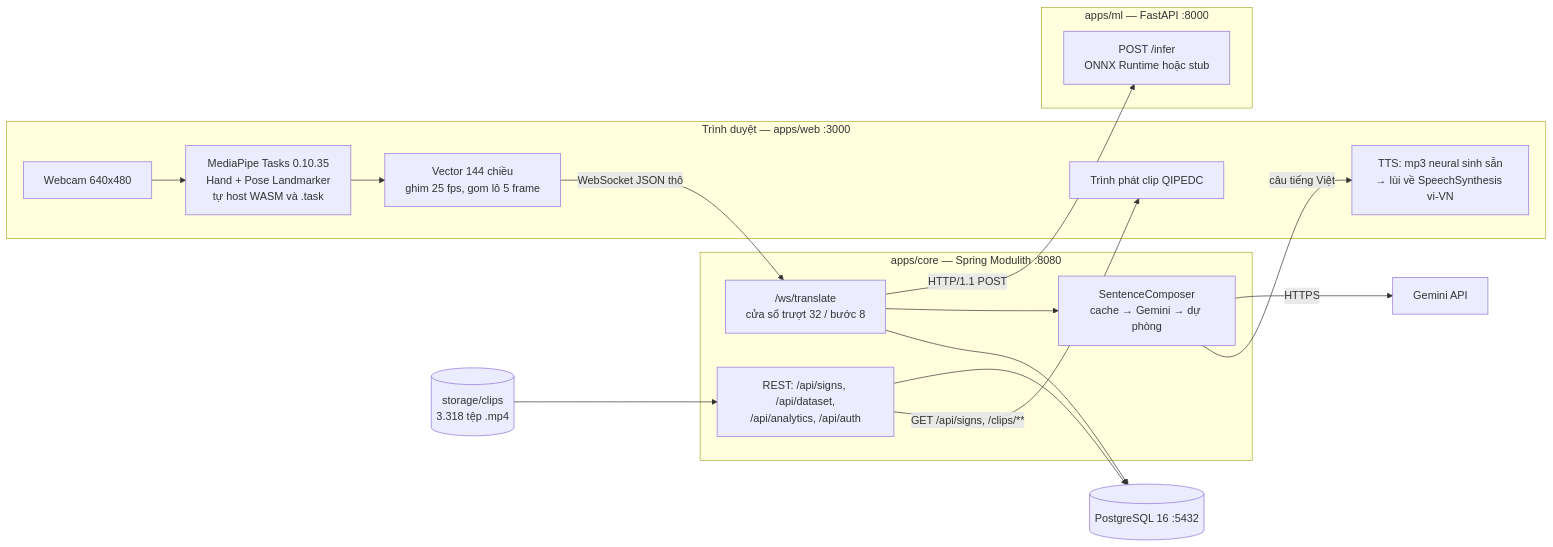
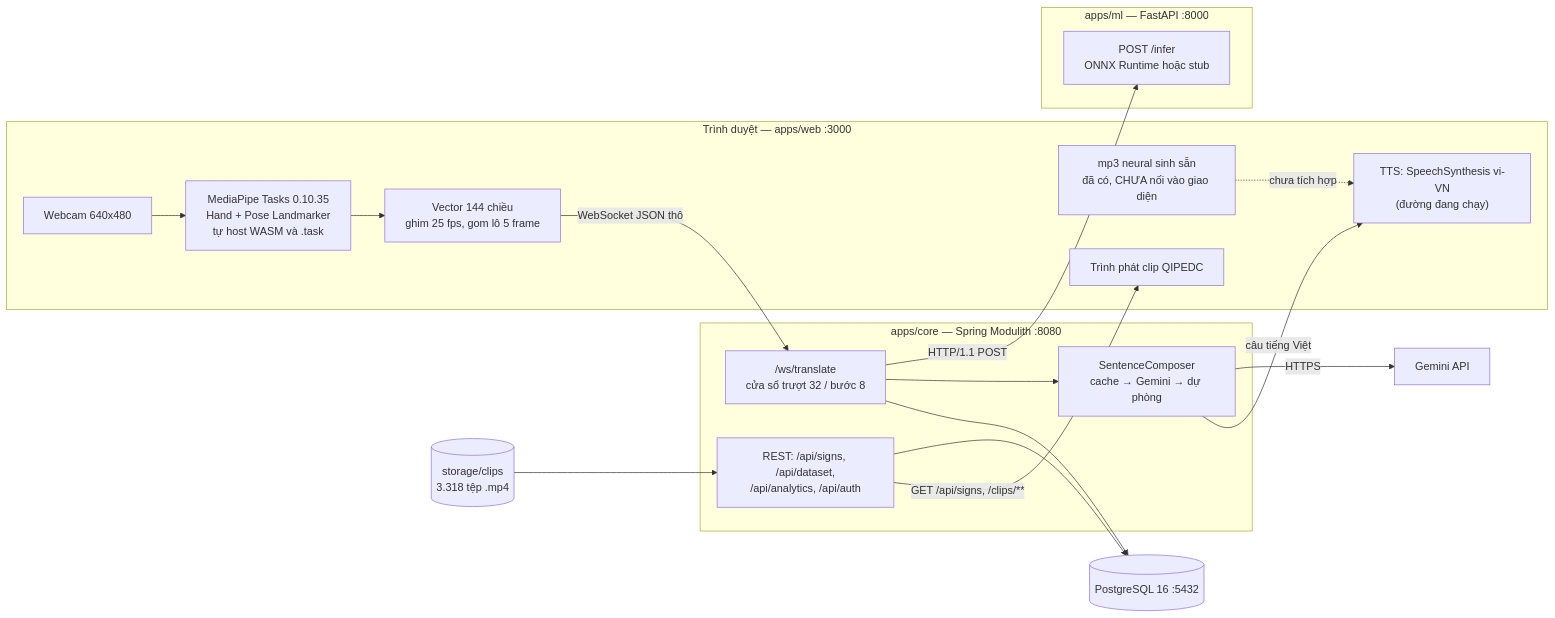
Before and after one commit to minKasent/signbridge: the first of 3 diagrams in docs/report/chuong-3-kien-truc.md, drawn with Mermaid. The commit also changed other lines of this file and 4 other files, not shown here.

````diff
--- a/docs/report/chuong-3-kien-truc.md
+++ b/docs/report/chuong-3-kien-truc.md
@@ -22,30 +25,32 @@
 ```mermaid
 flowchart LR
     subgraph B["Trình duyệt — apps/web :3000"]
         CAM["Webcam 640x480"] --> MP["MediaPipe Tasks 0.10.35<br/>Hand + Pose Landmarker<br/>tự host WASM và .task"]
         MP --> VEC["Vector 144 chiều<br/>ghim 25 fps, gom lô 5 frame"]
-        TTS["TTS: mp3 neural sinh sẵn<br/>→ lùi về SpeechSynthesis vi-VN"]
+        TTS["TTS: SpeechSynthesis vi-VN<br/>(đường đang chạy)"]
+        NTTS["mp3 neural sinh sẵn<br/>đã có, CHƯA nối vào giao diện"]
         PLAY["Trình phát clip QIPEDC"]
     end
     subgraph C["apps/core — Spring Modulith :8080"]
         WS["/ws/translate<br/>cửa sổ trượt 32 / bước 8"]
         REST["REST: /api/signs, /api/dataset,<br/>/api/analytics, /api/auth"]
         LLM["SentenceComposer<br/>cache → Gemini → dự phòng"]
     end
     subgraph M["apps/ml — FastAPI :8000"]
         INF["POST /infer<br/>ONNX Runtime hoặc stub"]
     end
     DB[("PostgreSQL 16 :5432")]
     GEM["Gemini API"]
     CLIP[("storage/clips<br/>3.318 tệp .mp4")]
 
     VEC -- "WebSocket JSON thô" --> WS
     WS -- "HTTP/1.1 POST" --> INF
     WS --> LLM
     LLM -- "HTTPS" --> GEM
     LLM -- "câu tiếng Việt" --> TTS
+    NTTS -. "chưa tích hợp" .-> TTS
     REST --> DB
     WS --> DB
     REST -- "GET /api/signs, /clips/**" --> PLAY
     CLIP --> REST
 ```
````
